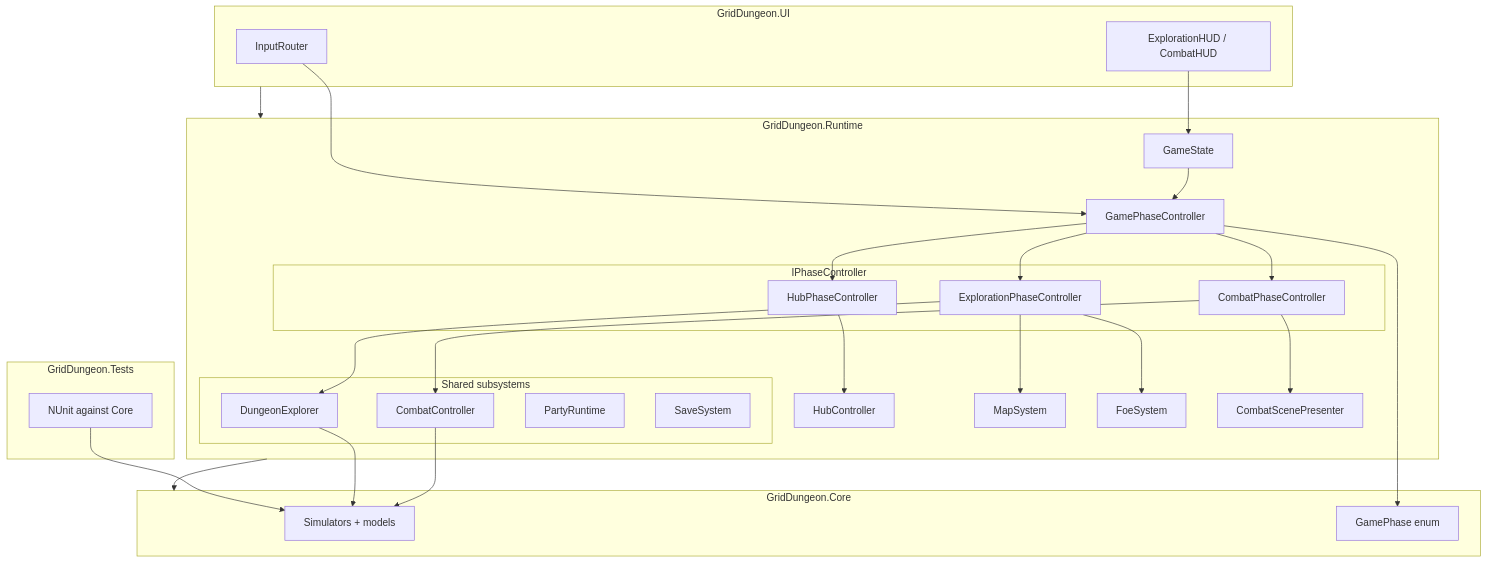
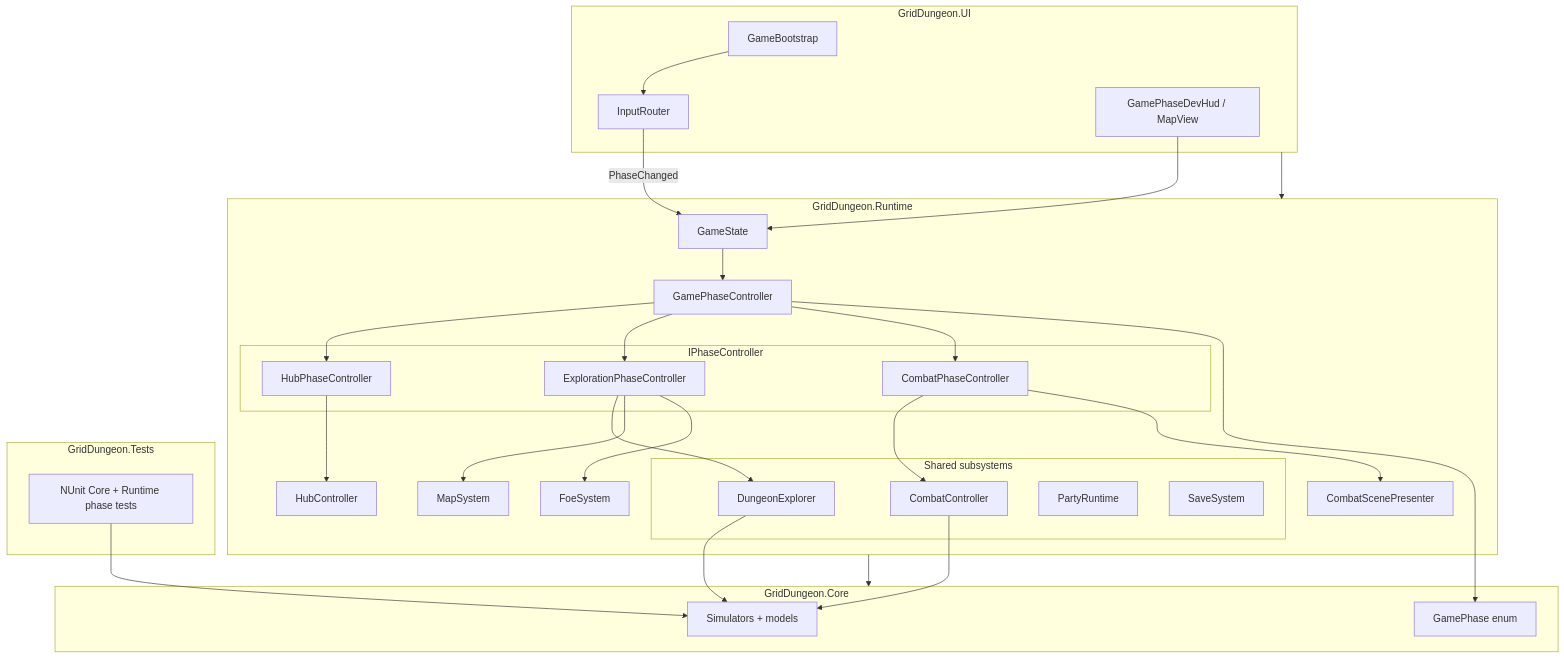
The first of 6 diagrams in docs/02-systems/game-phase.md (miramocha/griddungeon-design-docs), drawn with Mermaid before and after one commit. The commit also changed other lines of this file, not shown here.

First line of the commit message:
Docs: align game-phase.md with griddungeon-game implementation.

````diff
--- a/docs/02-systems/game-phase.md
+++ b/docs/02-systems/game-phase.md
@@ -24,41 +24,43 @@
 ```mermaid
 flowchart TB
   subgraph ui [GridDungeon.UI]
+    GB[GameBootstrap]
     IR[InputRouter]
-    HUD[ExplorationHUD / CombatHUD]
+    DevHUD[GamePhaseDevHud / MapView]
   end
   subgraph runtime [GridDungeon.Runtime]
     GS[GameState]
     GPC[GamePhaseController]
     subgraph phases [IPhaseController]
       H[HubPhaseController]
       E[ExplorationPhaseController]
       C[CombatPhaseController]
     end
     subgraph systems [Shared subsystems]
       DE[DungeonExplorer]
       CC[CombatController]
       PR[PartyRuntime]
       SS[SaveSystem]
     end
     GS --> GPC
     GPC --> H & E & C
     H --> HubController
     E --> DE & MapSystem & FoeSystem
     C --> CC & CombatScenePresenter
   end
   subgraph core [GridDungeon.Core]
     SIM[Simulators + models]
     GP[GamePhase enum]
   end
   subgraph tests [GridDungeon.Tests]
-    T[NUnit against Core]
+    T[NUnit Core + Runtime phase tests]
   end
-  HUD --> GS
-  IR --> GPC
+  DevHUD --> GS
+  GB --> IR
+  IR -->|PhaseChanged| GS
   GPC --> GP
   CC & DE --> SIM
   T --> SIM
   ui --> runtime
   runtime --> core
 ```
````
